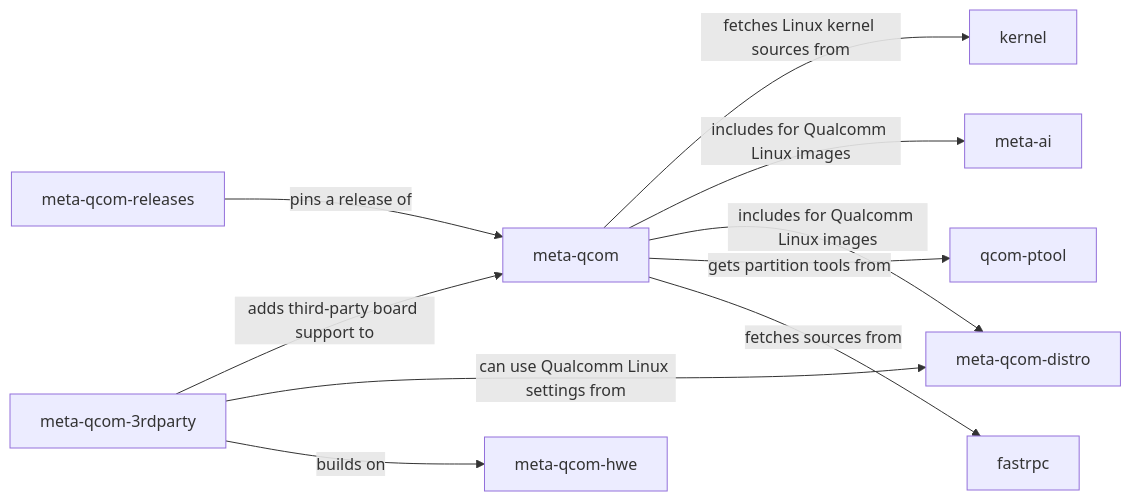
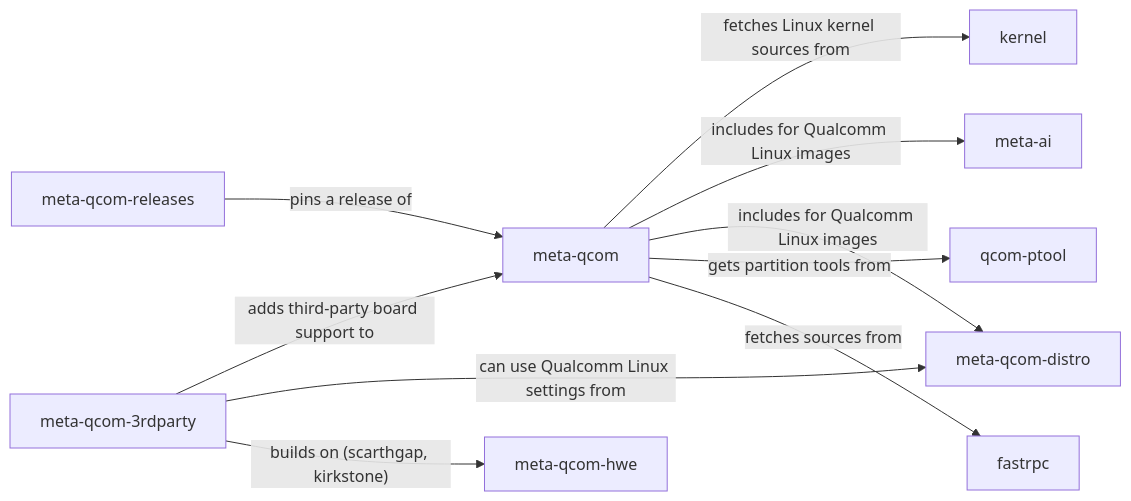
The first of 3 diagrams in README.md (devdocsorg/qualcomm-repository-map), drawn with Mermaid before and after one commit. The commit also changed other lines of this file and 4 other files, not shown here.

````diff
--- a/README.md
+++ b/README.md
@@ -17,30 +17,30 @@
 ```mermaid
 flowchart LR
     r0["kernel"]
     click r0 href "https://github.com/qualcomm-linux/kernel" _blank
     r1["meta-ai"]
     click r1 href "https://github.com/qualcomm-linux/meta-ai" _blank
     r2["meta-qcom"]
     click r2 href "https://github.com/qualcomm-linux/meta-qcom" _blank
     r3["meta-qcom-3rdparty"]
     click r3 href "https://github.com/qualcomm-linux/meta-qcom-3rdparty" _blank
     r4["meta-qcom-distro"]
     click r4 href "https://github.com/qualcomm-linux/meta-qcom-distro" _blank
     r5["meta-qcom-hwe"]
     click r5 href "https://github.com/qualcomm-linux/meta-qcom-hwe" _blank
     r6["meta-qcom-releases"]
     click r6 href "https://github.com/qualcomm-linux/meta-qcom-releases" _blank
     r7["qcom-ptool"]
     click r7 href "https://github.com/qualcomm-linux/qcom-ptool" _blank
     r8["fastrpc"]
     click r8 href "https://github.com/qualcomm/fastrpc" _blank
     r2 -->|"fetches Linux kernel sources from"| r0
     r2 -->|"includes for Qualcomm Linux images"| r1
     r2 -->|"includes for Qualcomm Linux images"| r4
     r2 -->|"gets partition tools from"| r7
     r2 -->|"fetches sources from"| r8
     r3 -->|"adds third-party board support to"| r2
     r3 -->|"can use Qualcomm Linux settings from"| r4
-    r3 -->|"builds on"| r5
+    r3 -->|"builds on (scarthgap, kirkstone)"| r5
     r6 -->|"pins a release of"| r2
 ```
````
